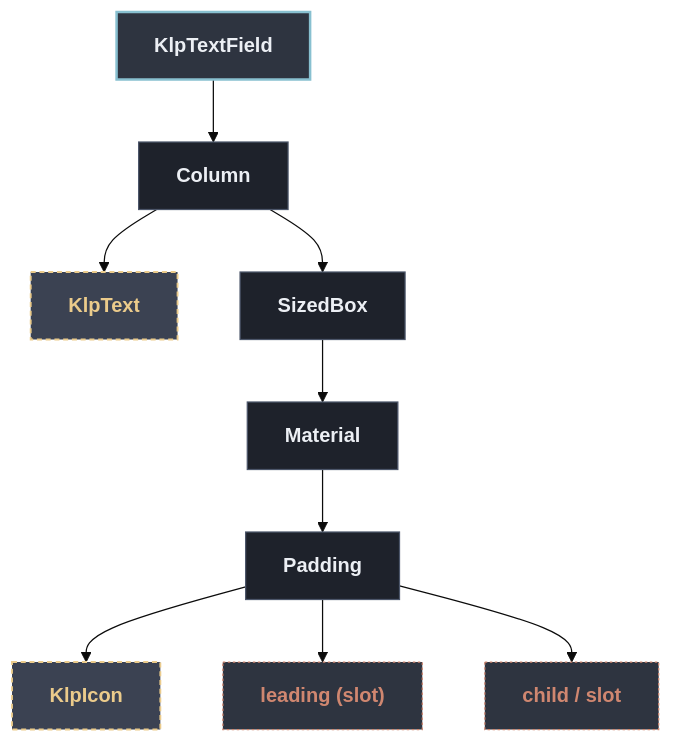
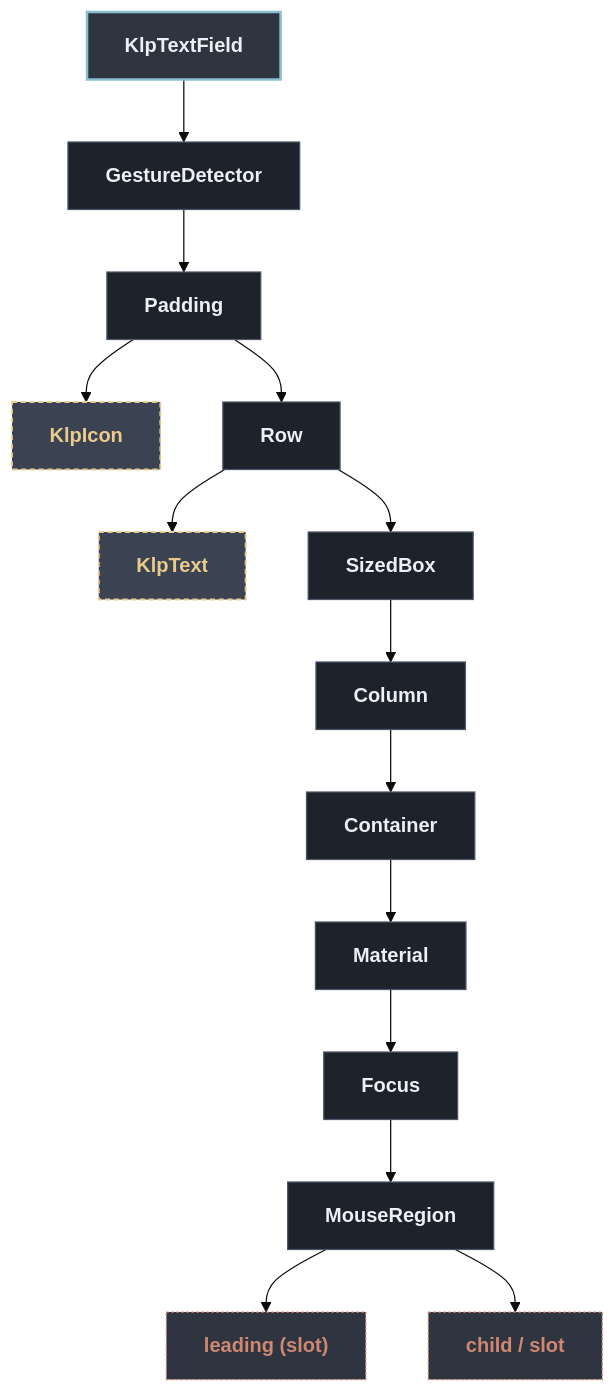
The diagram in docs/architecture/components/controls/klp_text_field.md (MiuDog/Kallopis), drawn with Mermaid (base theme) before and after one commit. The commit also changed other lines of this file and 123 other files, not shown here.

First line of the commit message:
docs(architecture): regenerate per-component trees, unbreak the generator

````diff
--- a/docs/architecture/components/controls/klp_text_field.md
+++ b/docs/architecture/components/controls/klp_text_field.md
@@ -13,26 +13,36 @@
 ```mermaid
 flowchart TD
   classDef default fill:#1E222B,stroke:#4C566A,stroke-width:1px,color:#ECEFF4;
   classDef root fill:#2E3440,stroke:#88C0D0,stroke-width:2px,color:#ECEFF4,font-weight:bold;
   classDef reference fill:#3B4252,stroke:#EBCB8B,stroke-width:1.5px,stroke-dasharray: 4 3,color:#EBCB8B;
   classDef container fill:#2E3440,stroke:#A3BE8C,stroke-width:1.5px,color:#A3BE8C;
   classDef slot fill:#2E3440,stroke:#D08770,stroke-width:1px,stroke-dasharray: 2 2,color:#D08770;
 
   root["KlpTextField"]:::root
-  n1["Column"]
+  n1["GestureDetector"]
   root --> n1
-  n2["KlpText"]:::reference
+  n2["Padding"]
   n1 --> n2
-  n3["SizedBox"]
-  n1 --> n3
-  n4["Material"]
-  n3 --> n4
-  n5["Padding"]
+  n3["KlpIcon"]:::reference
+  n2 --> n3
+  n4["Row"]
+  n2 --> n4
+  n5["KlpText"]:::reference
   n4 --> n5
-  n6["KlpIcon"]:::reference
-  n5 --> n6
-  n7["leading (slot)"]:::slot
-  n5 --> n7
-  n8["child / slot"]:::slot
-  n5 --> n8
+  n6["SizedBox"]
+  n4 --> n6
+  n7["Column"]
+  n6 --> n7
+  n8["Container"]
+  n7 --> n8
+  n9["Material"]
+  n8 --> n9
+  n10["Focus"]
+  n9 --> n10
+  n11["MouseRegion"]
+  n10 --> n11
+  n12["leading (slot)"]:::slot
+  n11 --> n12
+  n13["child / slot"]:::slot
+  n11 --> n13
 ```
````
